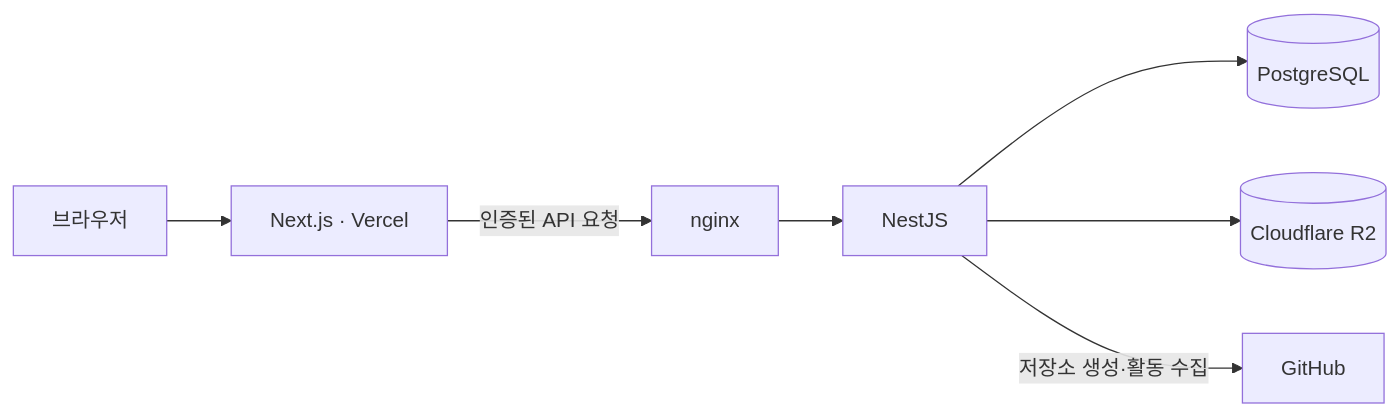
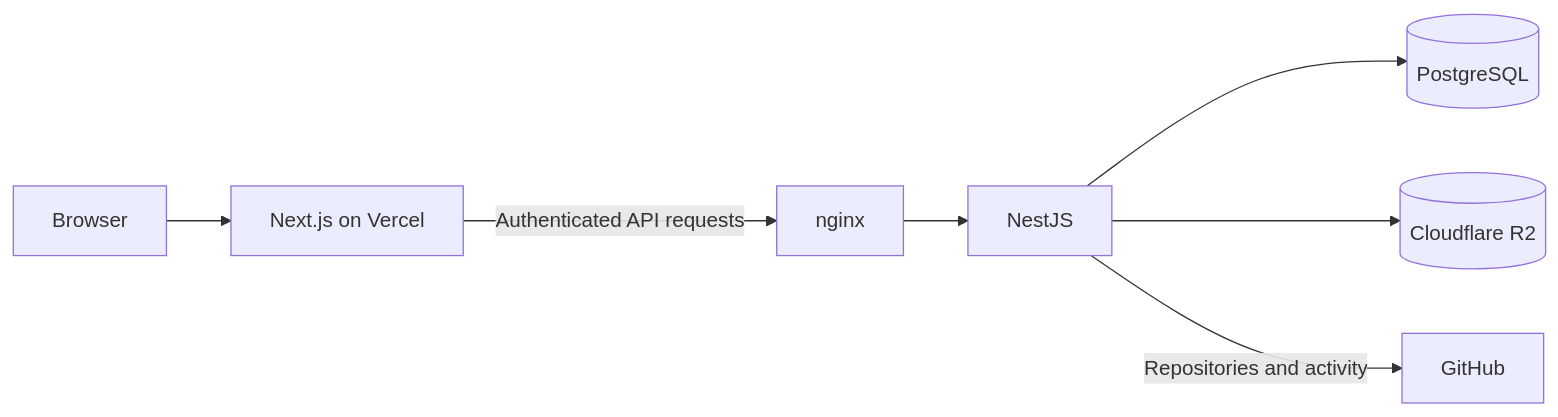
Before and after one commit to JNU-SWCU/oss-hub: the second of 2 diagrams in README.md, drawn with Mermaid. The commit also changed other lines of this file and 65 other files, not shown here.

````diff
--- a/README.md
+++ b/README.md
@@ -215,9 +225,9 @@
 ```mermaid
 flowchart LR
-  Browser[브라우저] --> Frontend[Next.js · Vercel]
-  Frontend -->|인증된 API 요청| Nginx[nginx]
+  Browser[Browser] --> Frontend[Next.js on Vercel]
+  Frontend -->|Authenticated API requests| Nginx[nginx]
   Nginx --> Backend[NestJS]
   Backend --> Database[(PostgreSQL)]
   Backend --> Storage[(Cloudflare R2)]
-  Backend -->|저장소 생성·활동 수집| GitHub[GitHub]
+  Backend -->|Repositories and activity| GitHub[GitHub]
 ```
````
